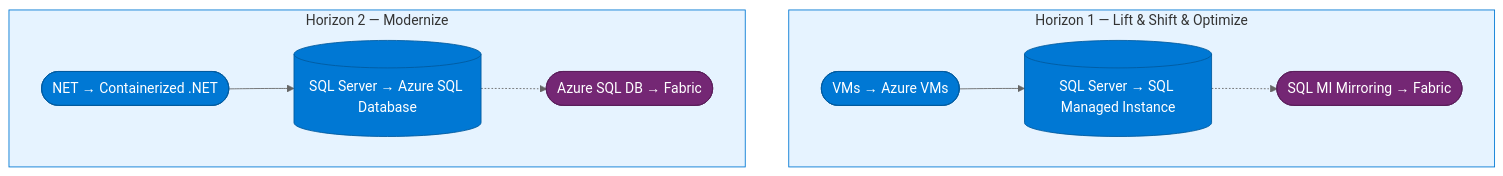
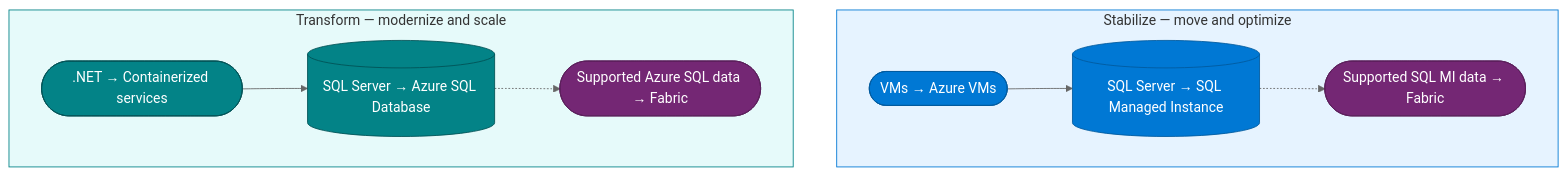
One commit to jonathan-vella/dc2fabric changed the first of 2 diagrams in site/src/content/docs/horizons/index.md. Above: the diagram before and after it, drawn with Mermaid. The commit also changed other lines of this file and 17 other files, not shown here.

````diff
--- a/site/src/content/docs/horizons/index.md
+++ b/site/src/content/docs/horizons/index.md
@@ -28,22 +31,23 @@
 ```mermaid
 %%{init: {'theme':'neutral'}}%%
 graph TB
-  classDef azure  fill:#0078d4,stroke:#005a9e,color:#fff
-  classDef fabric fill:#742774,stroke:#5a1e5a,color:#fff
-  subgraph h1["Horizon 1 — Lift & Shift & Optimize"]
-    H1_VM(["VMs → Azure VMs"]):::azure
-    H1_SQL[("SQL Server → SQL Managed Instance")]:::azure
-    H1_FAB(["SQL MI Mirroring → Fabric"]):::fabric
+  classDef stabilize fill:#0078d4,stroke:#005a9e,color:#fff
+  classDef transform fill:#038387,stroke:#025356,color:#fff
+  classDef fabric    fill:#742774,stroke:#5a1e5a,color:#fff
+  subgraph stabilizePath["Stabilize — move and optimize"]
+    H1_VM(["VMs → Azure VMs"]):::stabilize
+    H1_SQL[("SQL Server → SQL Managed Instance")]:::stabilize
+    H1_FAB(["Supported SQL MI data → Fabric"]):::fabric
   end
-  subgraph h2["Horizon 2 — Modernize"]
-    H2_APP(["NET → Containerized .NET"]):::azure
-    H2_SQL[("SQL Server → Azure SQL Database")]:::azure
-    H2_FAB(["Azure SQL DB → Fabric"]):::fabric
+  subgraph transformPath["Transform — modernize and scale"]
+    H2_APP([".NET → Containerized services"]):::transform
+    H2_SQL[("SQL Server → Azure SQL Database")]:::transform
+    H2_FAB(["Supported Azure SQL data → Fabric"]):::fabric
   end
   H1_VM --> H1_SQL
   H1_SQL -.-> H1_FAB
   H2_APP --> H2_SQL
   H2_SQL -.-> H2_FAB
-  style h1 fill:#e6f3ff,stroke:#0078d4
-  style h2 fill:#e6f3ff,stroke:#0078d4
+  style stabilizePath fill:#e6f3ff,stroke:#0078d4
+  style transformPath fill:#e6fafa,stroke:#038387
 ```
````
